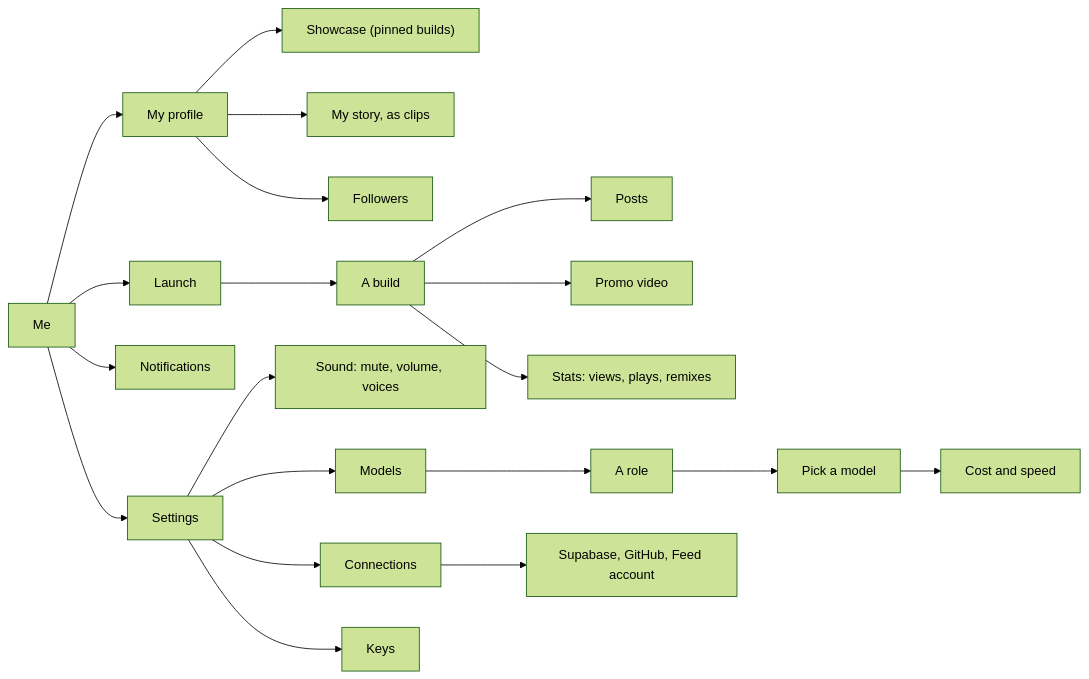
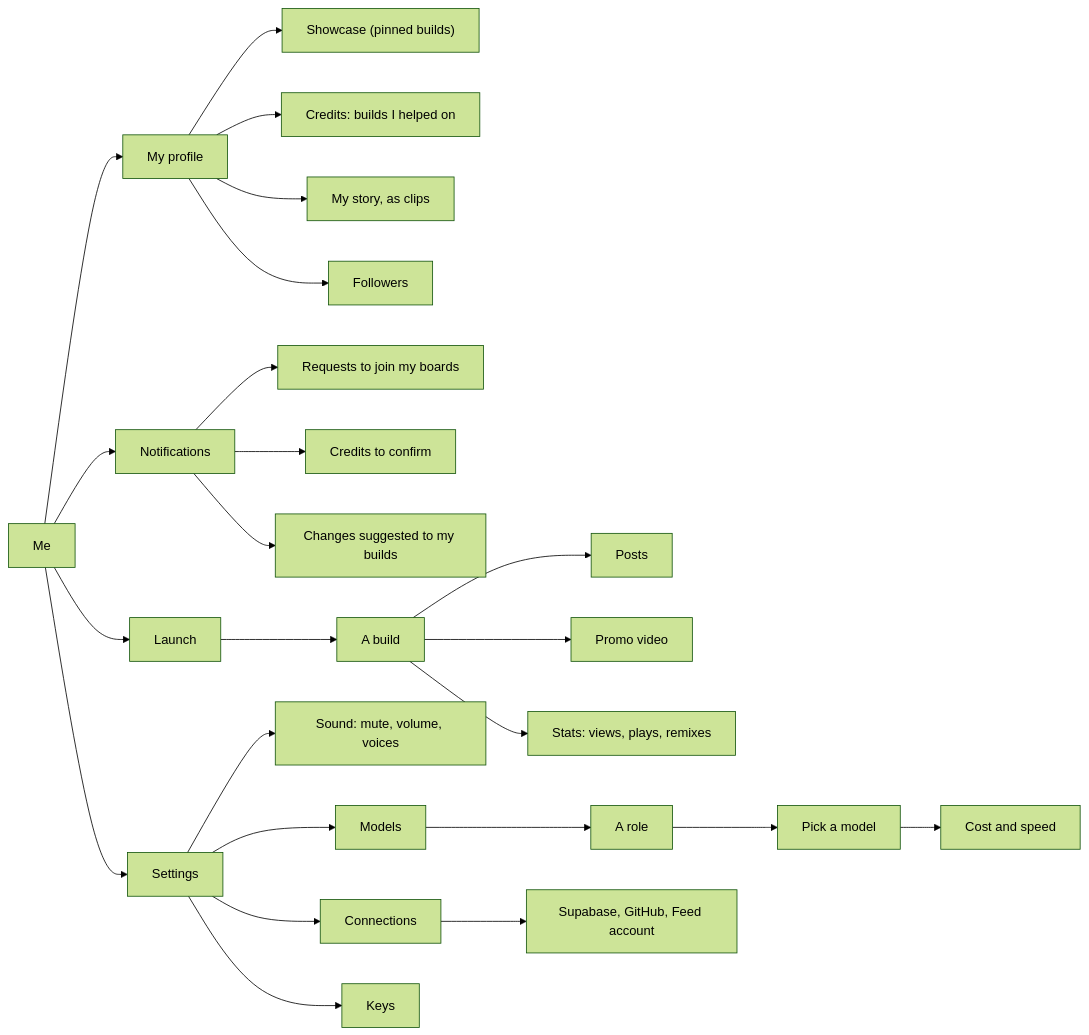
Before and after one commit to Pukujan/swarm-studio: the seventh of 24 diagrams in docs/ux/SITEMAP.md, drawn with Mermaid (forest theme). The commit also changed other lines of this file and 5 other files, not shown here.

````diff
--- a/docs/ux/SITEMAP.md
+++ b/docs/ux/SITEMAP.md
@@ -164,22 +202,26 @@
 ```mermaid
 flowchart LR
   ME[Me] --> PR[My profile]
   ME --> LA[Launch]
   ME --> NO[Notifications]
   ME --> SE[Settings]
   PR --> PR1["Showcase (pinned builds)"]
-  PR --> PR2["My story, as clips"]
-  PR --> PR3[Followers]
+  PR --> PR2["Credits: builds I helped on"]
+  PR --> PR3["My story, as clips"]
+  PR --> PR4[Followers]
+  NO --> NO1["Requests to join my boards"]
+  NO --> NO2["Credits to confirm"]
+  NO --> NO3["Changes suggested to my builds"]
   LA --> LA1[A build]
   LA1 --> LA2[Posts]
   LA1 --> LA3[Promo video]
   LA1 --> LA4["Stats: views, plays, remixes"]
   SE --> SE1["Sound: mute, volume, voices"]
   SE --> SE2[Models]
   SE --> SE3[Connections]
   SE --> SE4[Keys]
   SE2 --> SE5[A role]
   SE5 --> SE6[Pick a model]
   SE6 --> SE7[Cost and speed]
   SE3 --> SE8["Supabase, GitHub, Feed account"]
 ```
````
